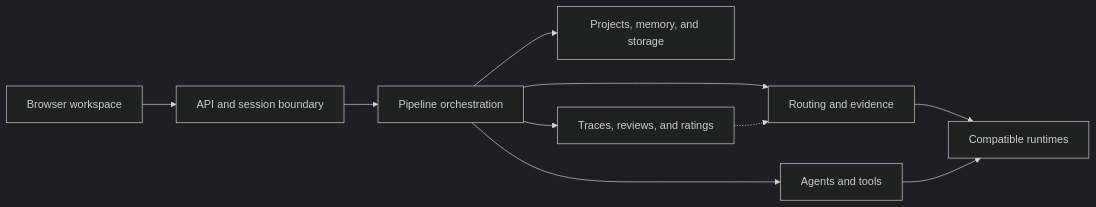
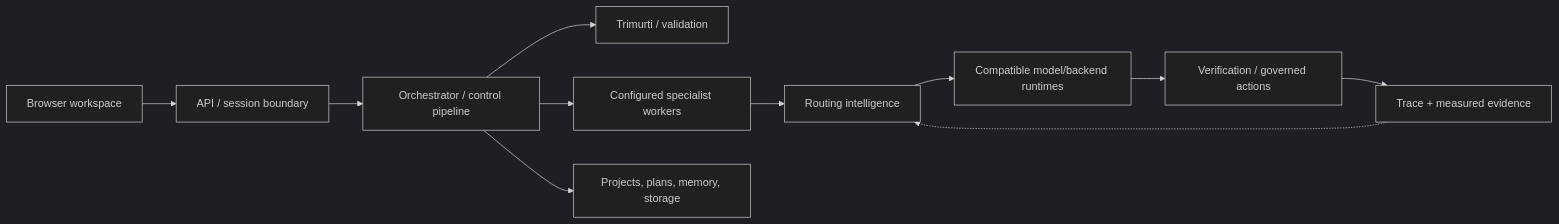
One commit to Prashant10009/agent-forge-showcase changed the diagram in docs/CODEBASE_MAP.md. Above: the diagram before and after it, drawn with Mermaid (dark theme). The commit also changed other lines of this file and 3 other files, not shown here.

First line of the commit message:
docs: final architecture consistency audit (#16)

````diff
--- a/docs/CODEBASE_MAP.md
+++ b/docs/CODEBASE_MAP.md
@@ -39,12 +43,13 @@
 ```mermaid
 flowchart LR
-  UI["Browser workspace"] --> API["API and session boundary"]
-  API --> PIPE["Pipeline orchestration"]
-  PIPE --> ROUTE["Routing and evidence"]
-  PIPE --> AGENTS["Agents and tools"]
-  PIPE --> STATE["Projects, memory, and storage"]
-  ROUTE --> RUNTIME["Compatible runtimes"]
-  AGENTS --> RUNTIME
-  PIPE --> OBS["Traces, reviews, and ratings"]
+  UI["Browser workspace"] --> API["API / session boundary"]
+  API --> CTRL["Orchestrator / control pipeline"]
+  CTRL --> DELIB["Trimurti / validation"]
+  CTRL --> WORK["Configured specialist workers"]
+  CTRL --> STATE["Projects, plans, memory, storage"]
+  WORK --> ROUTE["Routing intelligence"]
+  ROUTE --> RUNTIME["Compatible model/backend runtimes"]
+  RUNTIME --> VERIFY["Verification / governed actions"]
+  VERIFY --> OBS["Trace + measured evidence"]
   OBS -.-> ROUTE
 ```
````
